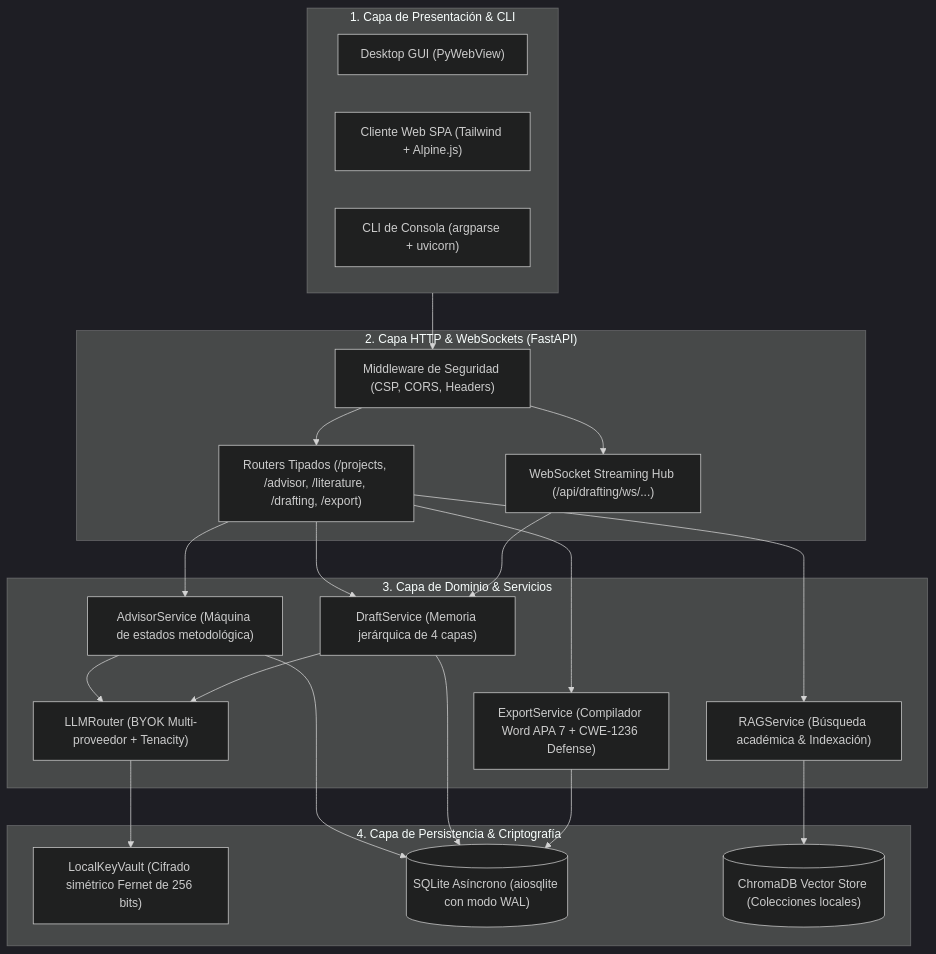
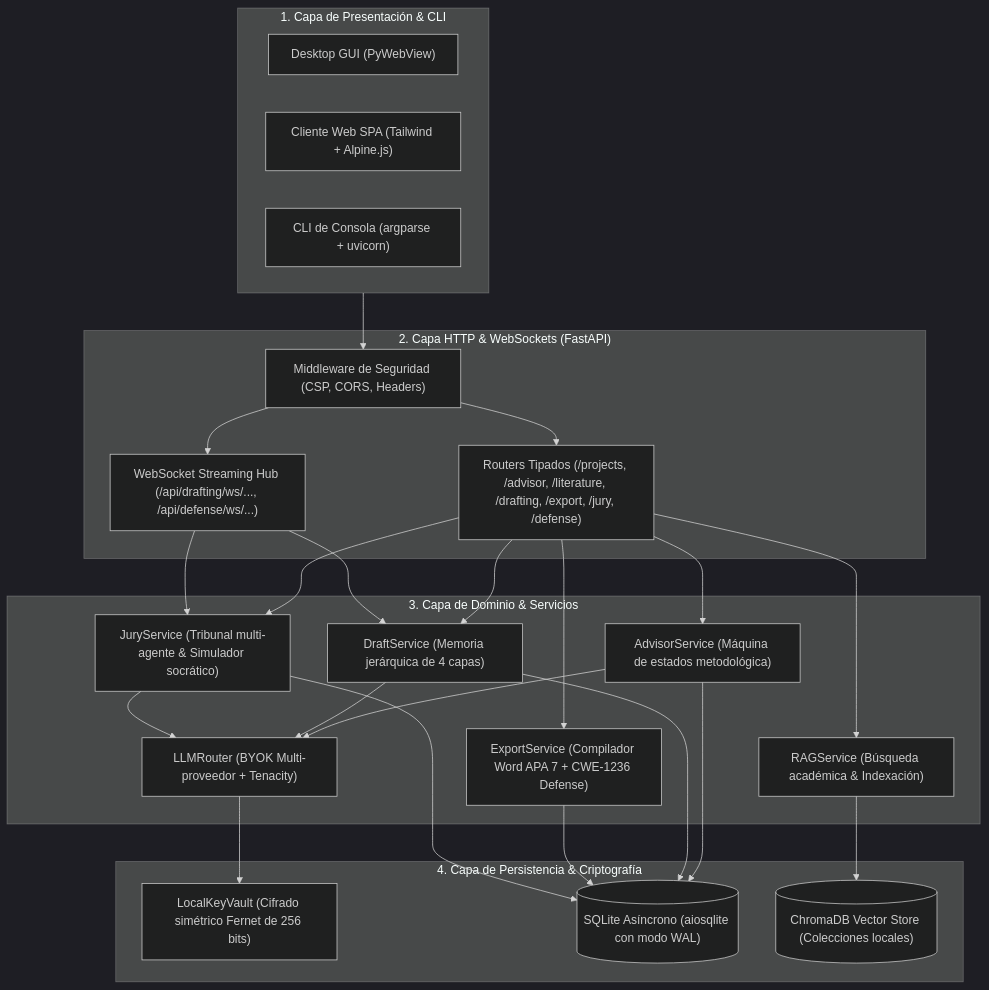
The diagram in README.md (oscarbol09/thesisforge), drawn with Mermaid (dark theme) before and after one commit. The commit also changed other lines of this file and 5 other files, not shown here.

````diff
--- a/README.md
+++ b/README.md
@@ -121,44 +128,49 @@
 ```mermaid
 flowchart TD
     subgraph UI ["1. Capa de Presentación & CLI"]
         DESK["Desktop GUI (PyWebView)"]
         WEB["Cliente Web SPA (Tailwind + Alpine.js)"]
         CLI["CLI de Consola (argparse + uvicorn)"]
     end
 
     subgraph API ["2. Capa HTTP & WebSockets (FastAPI)"]
-        ROUTERS["Routers Tipados (/projects, /advisor, /literature, /drafting, /export)"]
+        ROUTERS["Routers Tipados (/projects, /advisor, /literature, /drafting, /export, /jury, /defense)"]
         SEC_MW["Middleware de Seguridad (CSP, CORS, Headers)"]
-        WS["WebSocket Streaming Hub (/api/drafting/ws/...)"]
+        WS["WebSocket Streaming Hub (/api/drafting/ws/..., /api/defense/ws/...)"]
     end
 
     subgraph Core ["3. Capa de Dominio & Servicios"]
         ADV["AdvisorService (Máquina de estados metodológica)"]
         RAG["RAGService (Búsqueda académica & Indexación)"]
         DRAFT["DraftService (Memoria jerárquica de 4 capas)"]
         EXPORT["ExportService (Compilador Word APA 7 + CWE-1236 Defense)"]
+        JURY["JuryService (Tribunal multi-agente & Simulador socrático)"]
         ROUTER_LLM["LLMRouter (BYOK Multi-proveedor + Tenacity)"]
     end
 
     subgraph Persistencia ["4. Capa de Persistencia & Criptografía"]
         VAULT["LocalKeyVault (Cifrado simétrico Fernet de 256 bits)"]
         DB[("SQLite Asíncrono (aiosqlite con modo WAL)")]
         CHROMA[("ChromaDB Vector Store (Colecciones locales)")]
     end
 
     UI --> SEC_MW
     SEC_MW --> ROUTERS
     SEC_MW --> WS
     ROUTERS --> ADV
     ROUTERS --> RAG
     ROUTERS --> DRAFT
     ROUTERS --> EXPORT
+    ROUTERS --> JURY
     WS --> DRAFT
+    WS --> JURY
     ADV --> ROUTER_LLM
     DRAFT --> ROUTER_LLM
+    JURY --> ROUTER_LLM
     RAG --> CHROMA
     ROUTER_LLM --> VAULT
     ADV --> DB
     DRAFT --> DB
     EXPORT --> DB
+    JURY --> DB
 ```
````
